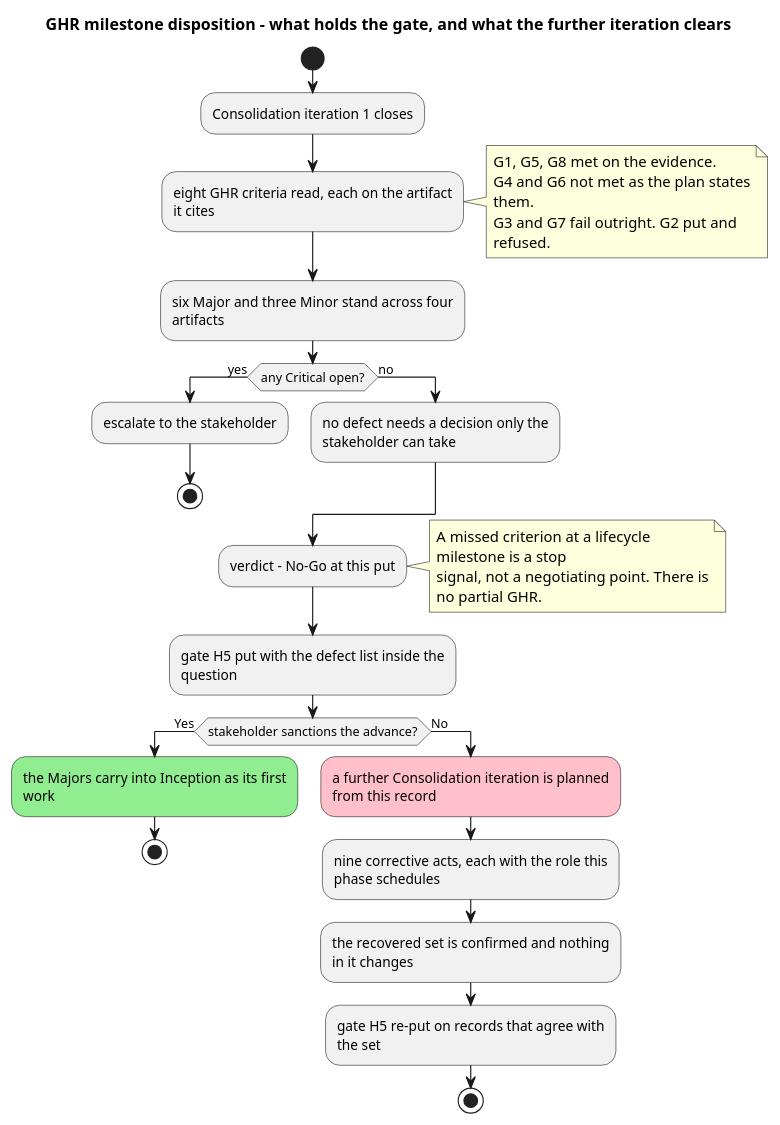
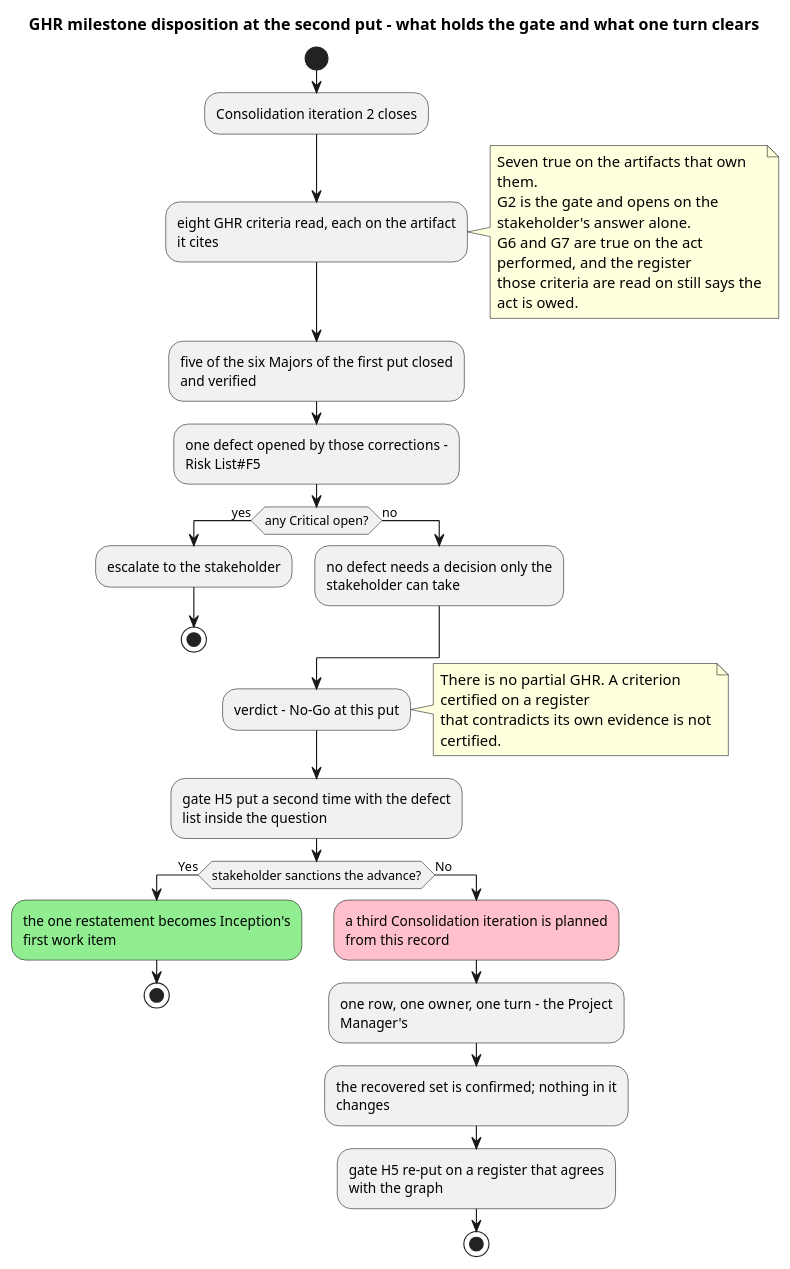
One commit to banense-test/TodoApp changed diagram 14 of 15 in docs/artifacts/project-management/review-record.md. Above: the diagram before and after it, drawn with PlantUML. The commit also changed other lines of this file, not shown here.

First line of the commit message:
Management Reviewer [Consolidation2]: upsert Review Record

````diff
--- a/docs/artifacts/project-management/review-record.md
+++ b/docs/artifacts/project-management/review-record.md
@@ -1146,42 +1146,45 @@
 ```plantuml
 @startuml
-title GHR milestone disposition - what holds the gate, and what the further iteration clears
+title GHR milestone disposition at the second put - what holds the gate and what one turn clears
 skinparam shadowing false
 skinparam wrapWidth 250
 
 start
-:Consolidation iteration 1 closes;
+:Consolidation iteration 2 closes;
 :eight GHR criteria read, each on the artifact it cites;
 note right
-  G1, G5, G8 met on the evidence.
-  G4 and G6 not met as the plan states them.
-  G3 and G7 fail outright. G2 put and refused.
+  Seven true on the artifacts that own them.
+  G2 is the gate and opens on the stakeholder's answer alone.
+  G6 and G7 are true on the act performed, and the register
+  those criteria are read on still says the act is owed.
 end note
 
-:six Major and three Minor stand across four artifacts;
+:five of the six Majors of the first put closed and verified;
+:one defect opened by those corrections - Risk List#F5;
+
 if (any Critical open?) then (yes)
   :escalate to the stakeholder;
   stop
 else (no)
   :no defect needs a decision only the stakeholder can take;
 endif
 
 :verdict - No-Go at this put;
 note right
-  A missed criterion at a lifecycle milestone is a stop
-  signal, not a negotiating point. There is no partial GHR.
+  There is no partial GHR. A criterion certified on a register
+  that contradicts its own evidence is not certified.
 end note
 
-:gate H5 put with the defect list inside the question;
+:gate H5 put a second time with the defect list inside the question;
 if (stakeholder sanctions the advance?) then (Yes)
-  #lightgreen:the Majors carry into Inception as its first work;
+  #lightgreen:the one restatement becomes Inception's first work item;
   stop
 else (No)
-  #pink:a further Consolidation iteration is planned from this record;
-  :nine corrective acts, each with the role this phase schedules;
-  :the recovered set is confirmed and nothing in it changes;
-  :gate H5 re-put on records that agree with the set;
+  #pink:a third Consolidation iteration is planned from this record;
+  :one row, one owner, one turn - the Project Manager's;
+  :the recovered set is confirmed; nothing in it changes;
+  :gate H5 re-put on a register that agrees with the graph;
   stop
 endif
 @enduml
 ```
````
